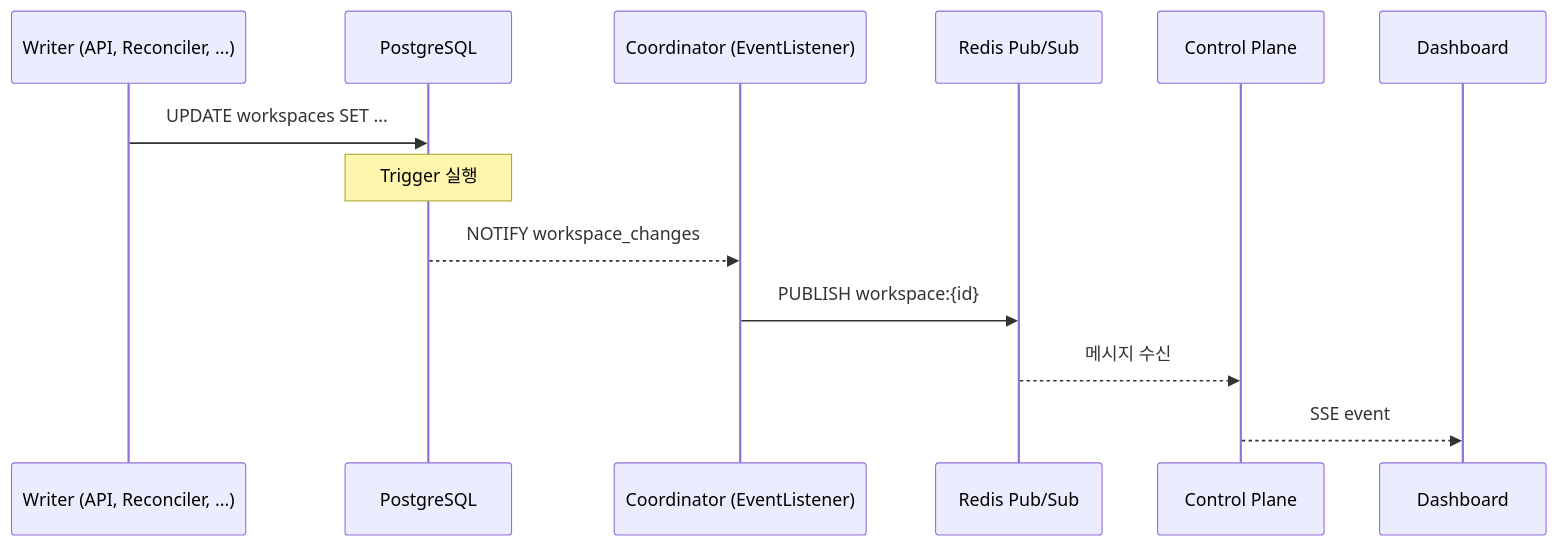
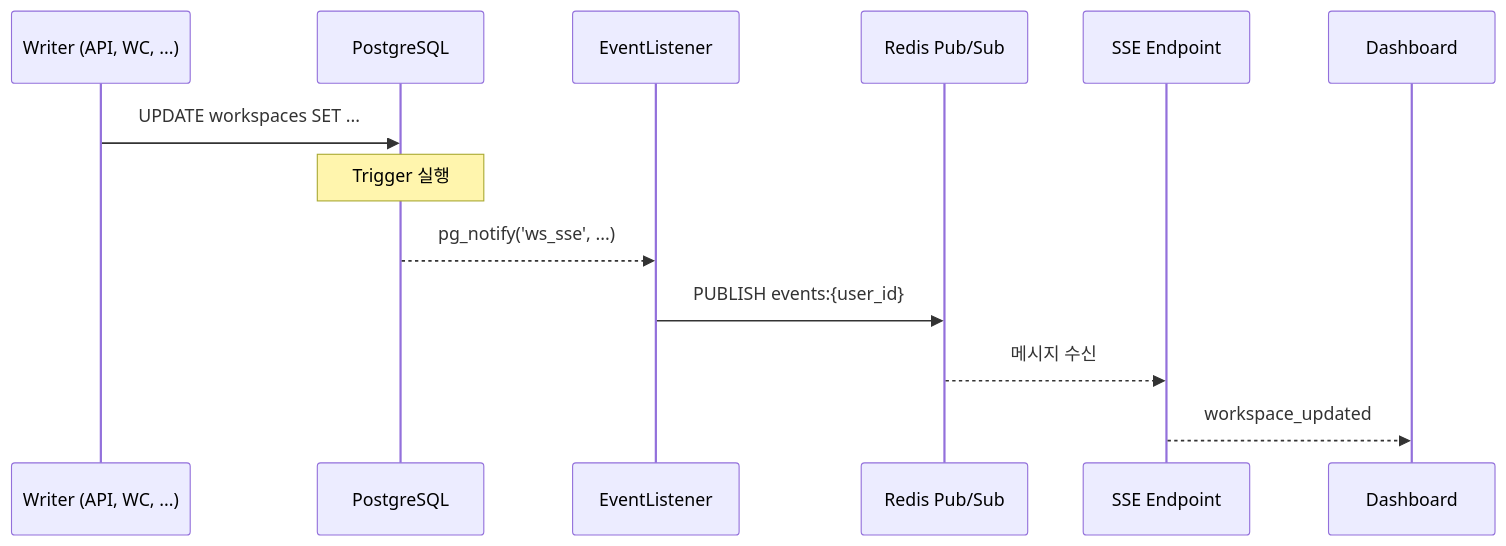
Before and after one commit to cagojeiger/code-hub: the fourth of 5 diagrams in docs/spec_v2/04-control-plane.md, drawn with Mermaid. The commit also changed other lines of this file and 35 other files, not shown here.

First line of the commit message:
feat(m2): add EventListener, TTL Manager, and activity tracking

````diff
--- a/docs/spec_v2/04-control-plane.md
+++ b/docs/spec_v2/04-control-plane.md
@@ -356,16 +368,16 @@
 ```mermaid
 sequenceDiagram
-    participant W as Writer (API, Reconciler, ...)
+    participant W as Writer (API, WC, ...)
     participant DB as PostgreSQL
-    participant C as Coordinator (EventListener)
+    participant EL as EventListener
     participant Redis as Redis Pub/Sub
-    participant API as Control Plane
+    participant SSE as SSE Endpoint
     participant UI as Dashboard
 
     W->>DB: UPDATE workspaces SET ...
     Note over DB: Trigger 실행
-    DB-->>C: NOTIFY workspace_changes
-    C->>Redis: PUBLISH workspace:{id}
-    Redis-->>API: 메시지 수신
-    API-->>UI: SSE event
+    DB-->>EL: pg_notify('ws_sse', ...)
+    EL->>Redis: PUBLISH events:{user_id}
+    Redis-->>SSE: 메시지 수신
+    SSE-->>UI: workspace_updated
 ```
````
